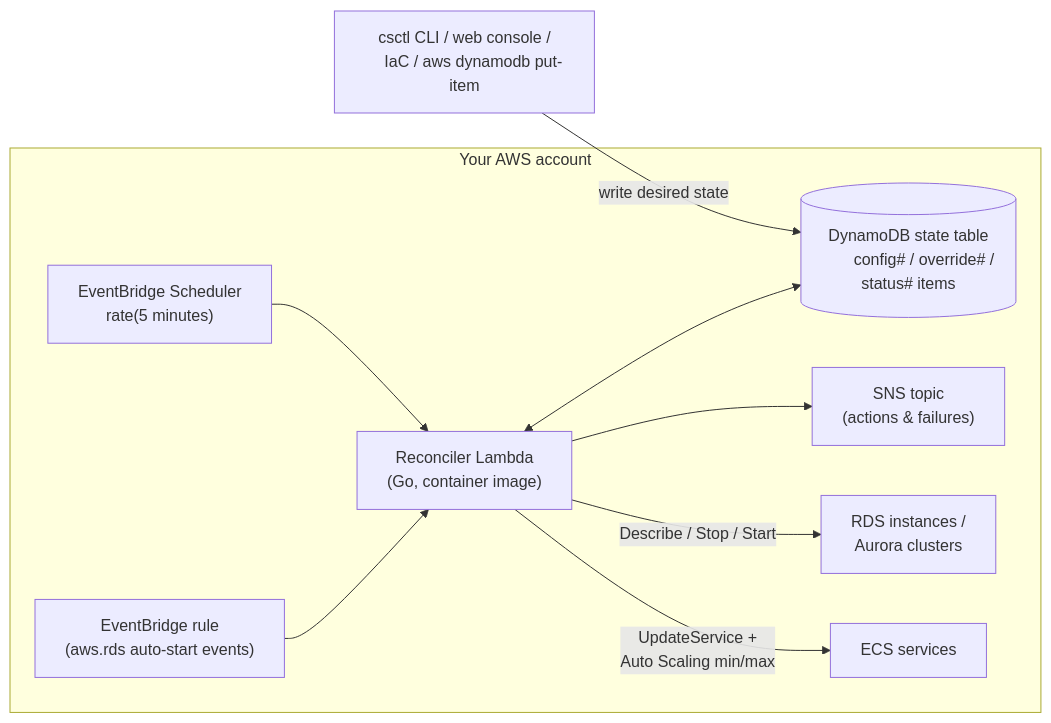
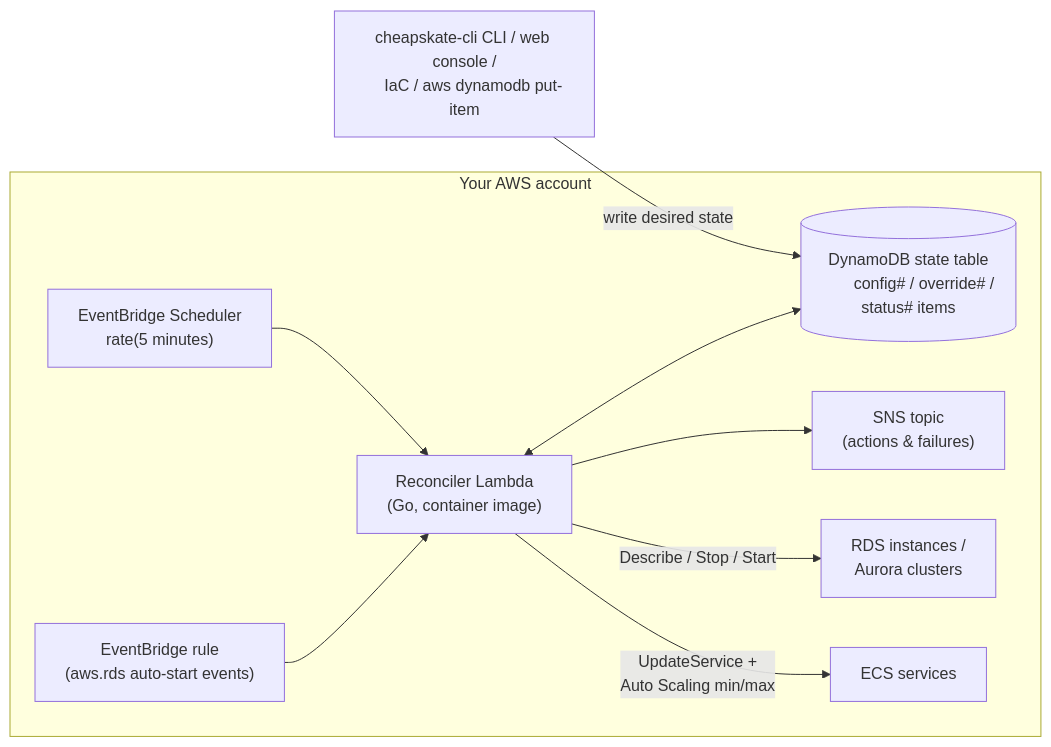
Before and after one commit to moepig/cheapskate: the diagram in docs/en/README.md, drawn with Mermaid. The commit also changed other lines of this file and 17 other files, not shown here.

First line of the commit message:
rename: csctl -> cheapskate-cli

````diff
--- a/docs/en/README.md
+++ b/docs/en/README.md
@@ -14,30 +14,30 @@
 ```mermaid
 flowchart LR
-    ops["csctl CLI / web console /
+    ops["cheapskate-cli CLI / web console /
     IaC / aws dynamodb put-item"]
 
     subgraph account["Your AWS account"]
         sched["EventBridge Scheduler
         rate(5 minutes)"]
         rule["EventBridge rule
         (aws.rds auto-start events)"]
         fn["Reconciler Lambda
         (Go, container image)"]
         ddb[("DynamoDB state table
         config# / override# / status# items")]
         sns["SNS topic
         (actions & failures)"]
         rds["RDS instances /
         Aurora clusters"]
         ecs["ECS services"]
     end
 
     ops -- "write desired state" --> ddb
     sched --> fn
     rule --> fn
     fn <--> ddb
     fn -- "Describe / Stop / Start" --> rds
     fn -- "UpdateService +
     Auto Scaling min/max" --> ecs
     fn --> sns
 ```
````
